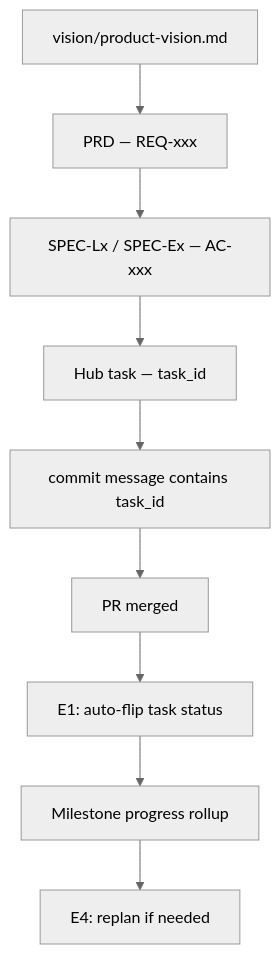
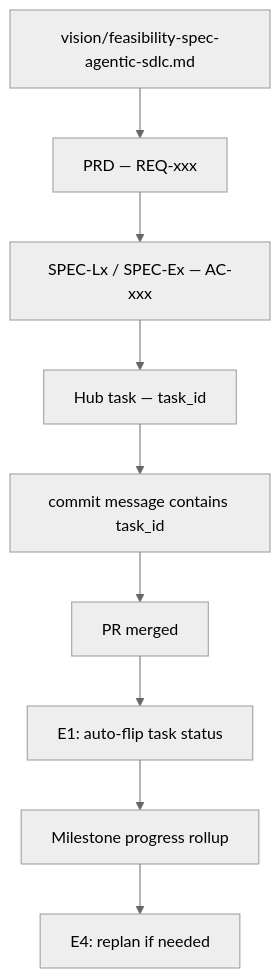
Before and after one commit to CUEAITECH/CUE.AI-Hub: the diagram in docs/specs/README.md, drawn with Mermaid (neutral theme). The commit also changed 10 other files, not shown here.

First line of the commit message:
docs: Agentic SDLC 문서 동기화 + Taskmaster 설정

````diff
--- a/docs/specs/README.md
+++ b/docs/specs/README.md
@@ -33,11 +33,11 @@
 ```mermaid
 flowchart TD
-    V[vision/product-vision.md] --> P[PRD — REQ-xxx]
+    V[vision/feasibility-spec-agentic-sdlc.md] --> P[PRD — REQ-xxx]
     P --> S[SPEC-Lx / SPEC-Ex — AC-xxx]
     S --> T[Hub task — task_id]
     T --> C[commit message contains task_id]
     C --> PR[PR merged]
     PR --> E1[E1: auto-flip task status]
     E1 --> M[Milestone progress rollup]
     M --> E4[E4: replan if needed]
 ```
````
